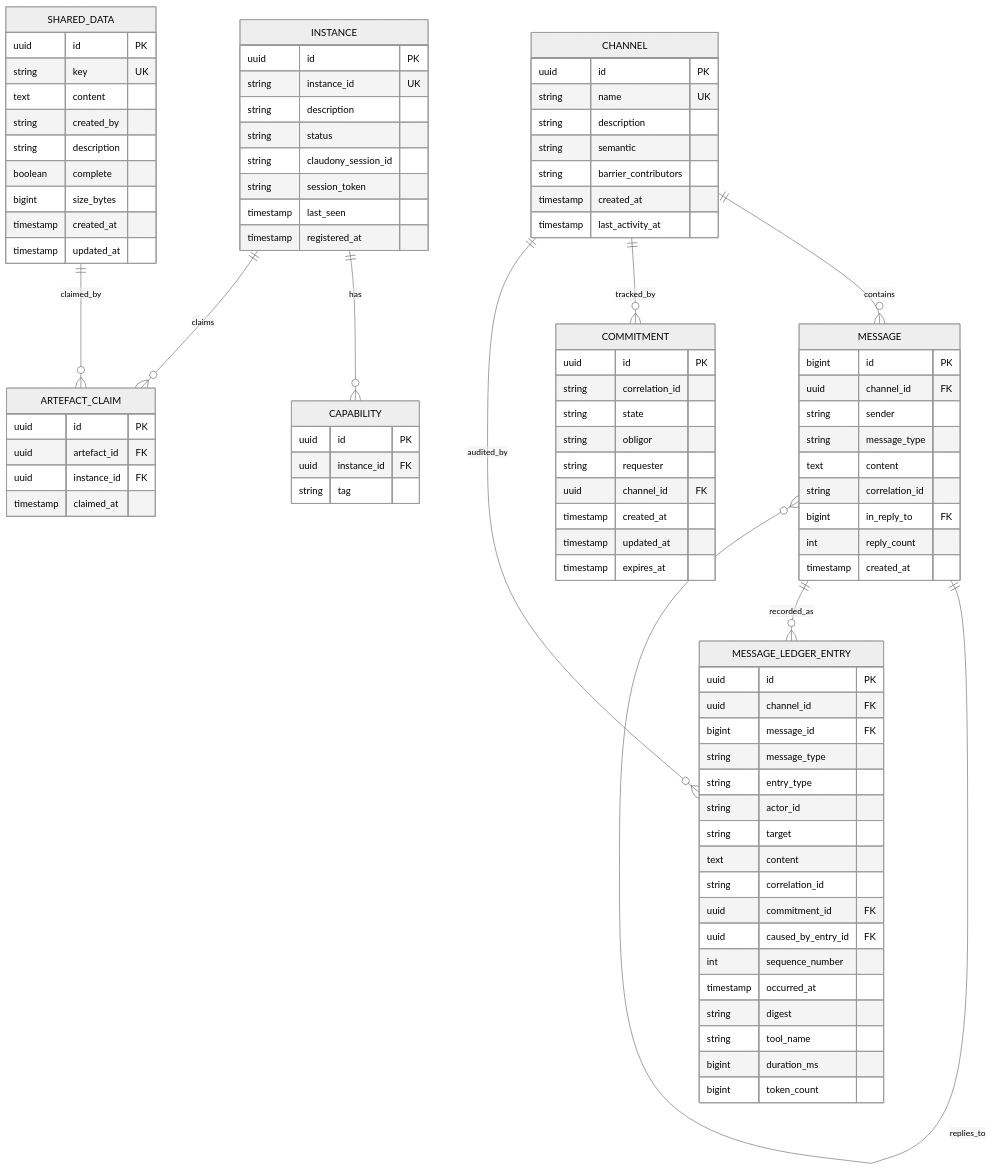
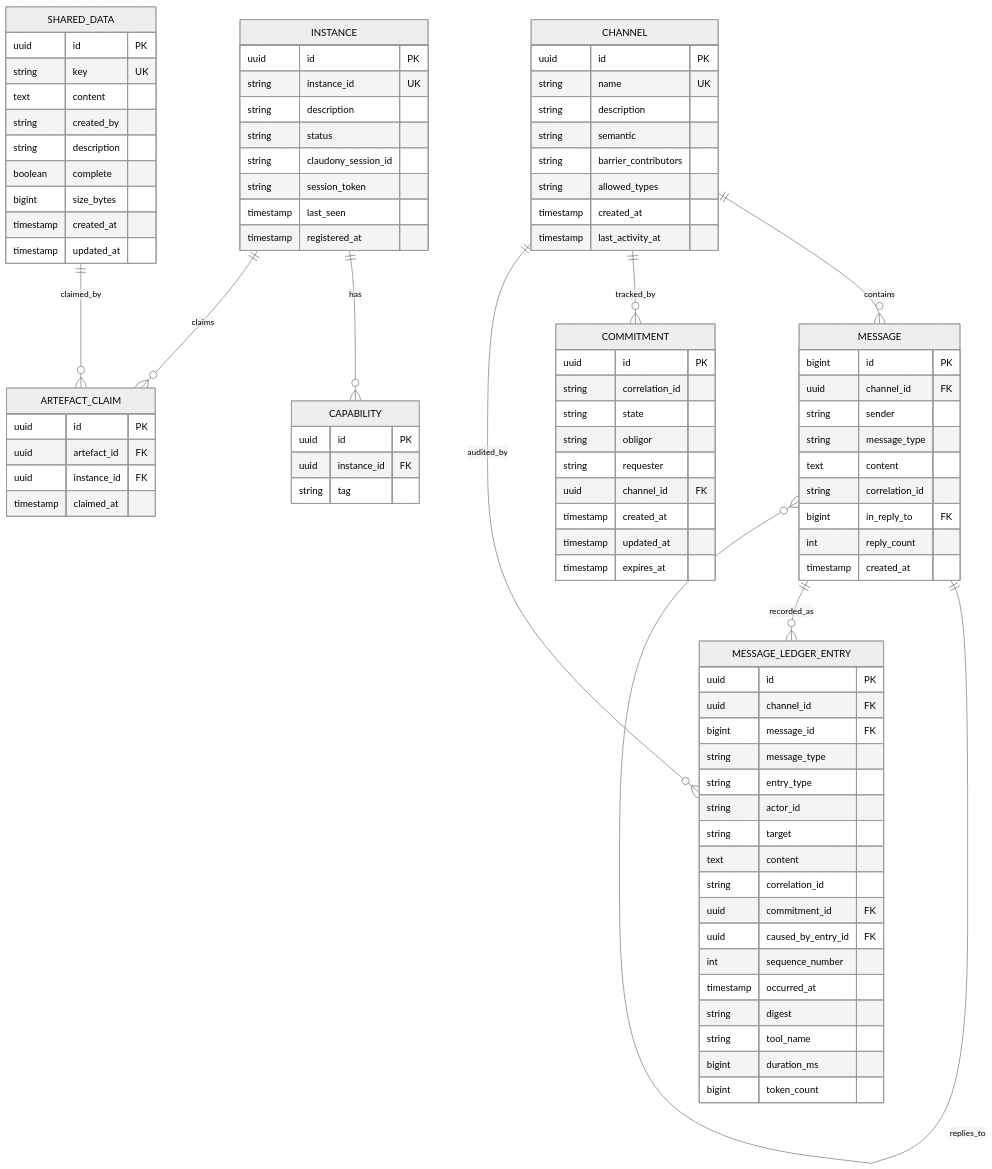
The tenth of 10 diagrams in docs/specs/2026-04-13-qhorus-design.md (mdproctor/qhorus), drawn with Mermaid (neutral theme) before and after one commit. The commit also changed other lines of this file and 1 other file, not shown here.

First line of the commit message:
docs: update design doc + CLAUDE.md — allowedTypes, MessageTypePolicy SPI, normative-layout module

```diff
--- a/docs/specs/2026-04-13-qhorus-design.md
+++ b/docs/specs/2026-04-13-qhorus-design.md
@@ -591,6 +603,7 @@
         string description
         string semantic
         string barrier_contributors
+        string allowed_types
         timestamp created_at
         timestamp last_activity_at
     }
```
